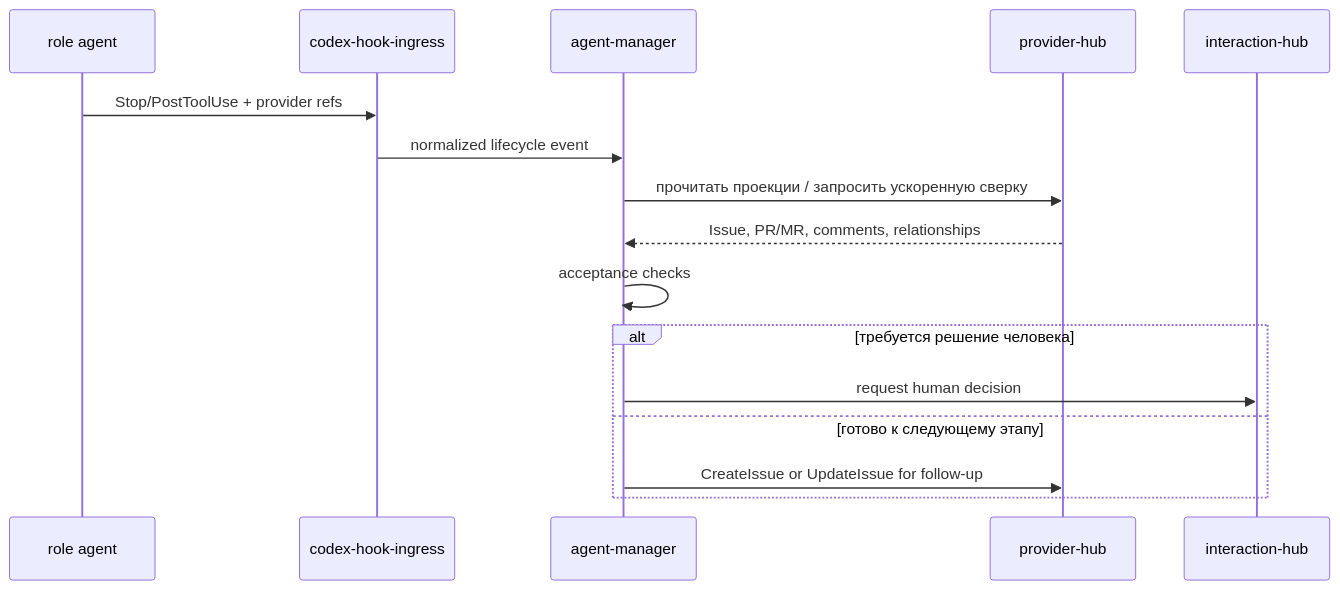
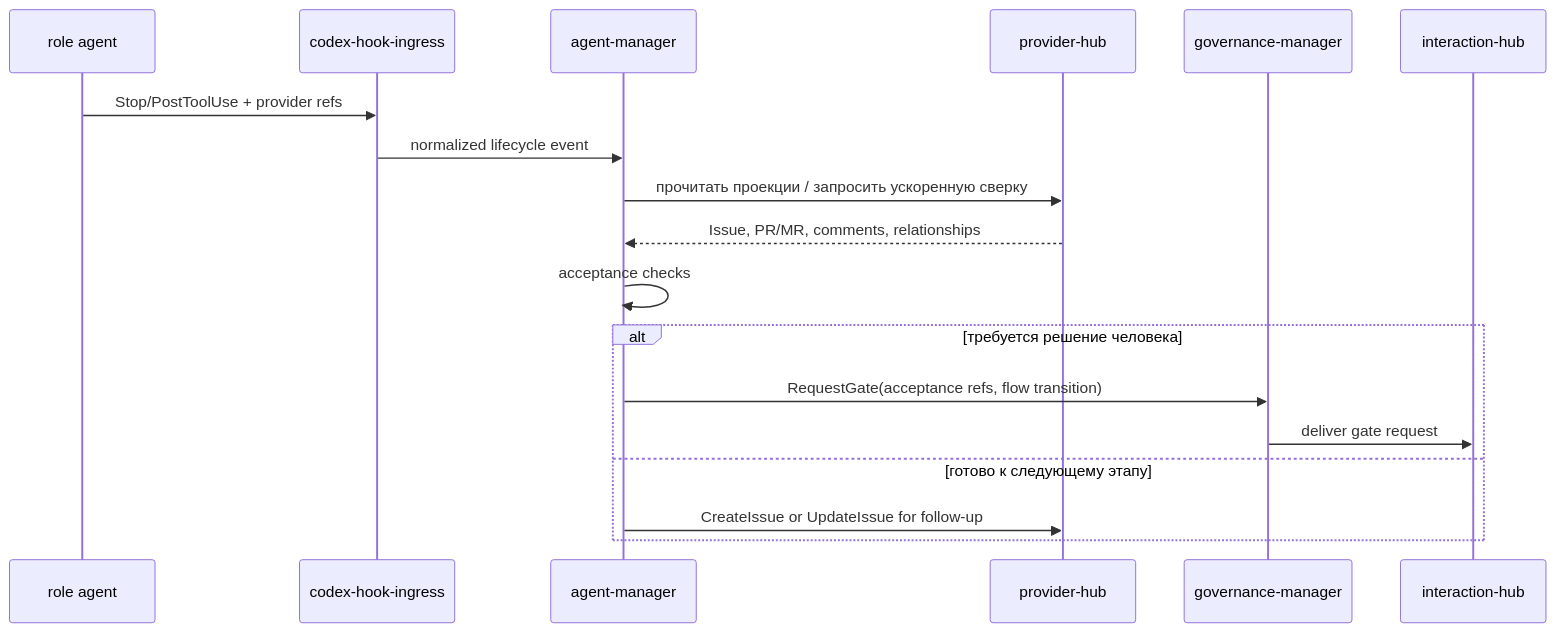
The third of 3 diagrams in docs/domains/agent-orchestration/architecture/design.md (codex-k8s/kodex), drawn with Mermaid before and after one commit. The commit also changed other lines of this file and 9 other files, not shown here.

````diff
--- a/docs/domains/agent-orchestration/architecture/design.md
+++ b/docs/domains/agent-orchestration/architecture/design.md
@@ -117,18 +117,20 @@
 ```mermaid
 sequenceDiagram
   participant Runner as role agent
   participant Hooks as codex-hook-ingress
   participant AM as agent-manager
   participant PH as provider-hub
+  participant GOV as governance-manager
   participant IH as interaction-hub
   Runner->>Hooks: Stop/PostToolUse + provider refs
   Hooks->>AM: normalized lifecycle event
   AM->>PH: прочитать проекции / запросить ускоренную сверку
   PH-->>AM: Issue, PR/MR, comments, relationships
   AM->>AM: acceptance checks
   alt требуется решение человека
-    AM->>IH: request human decision
+    AM->>GOV: RequestGate(acceptance refs, flow transition)
+    GOV->>IH: deliver gate request
   else готово к следующему этапу
     AM->>PH: CreateIssue or UpdateIssue for follow-up
   end
 ```
````
